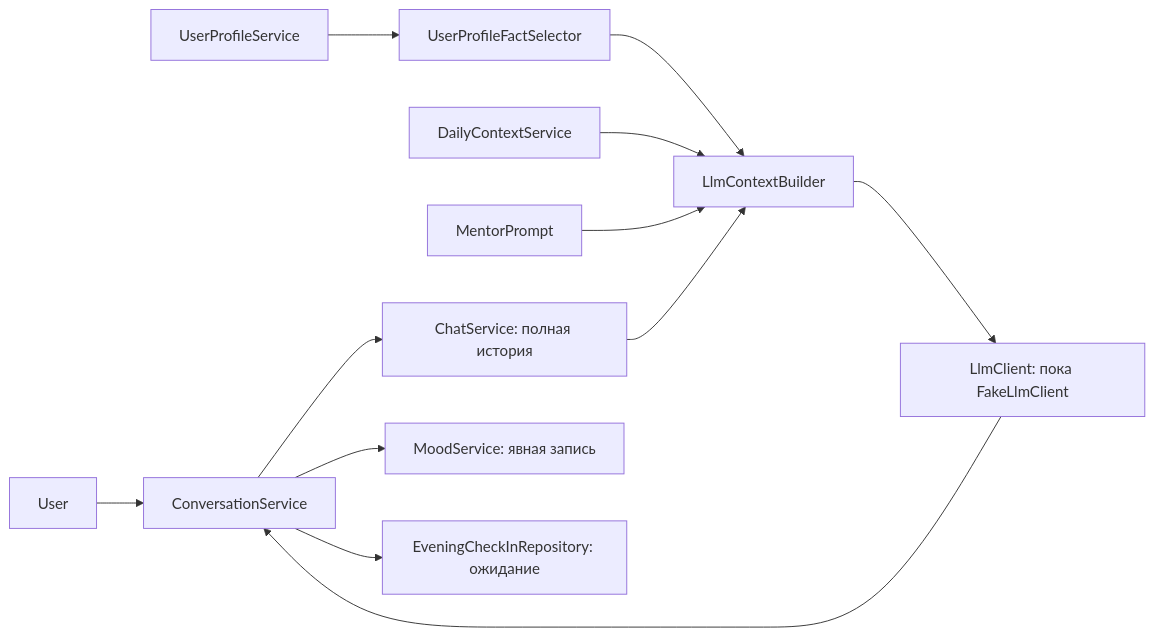
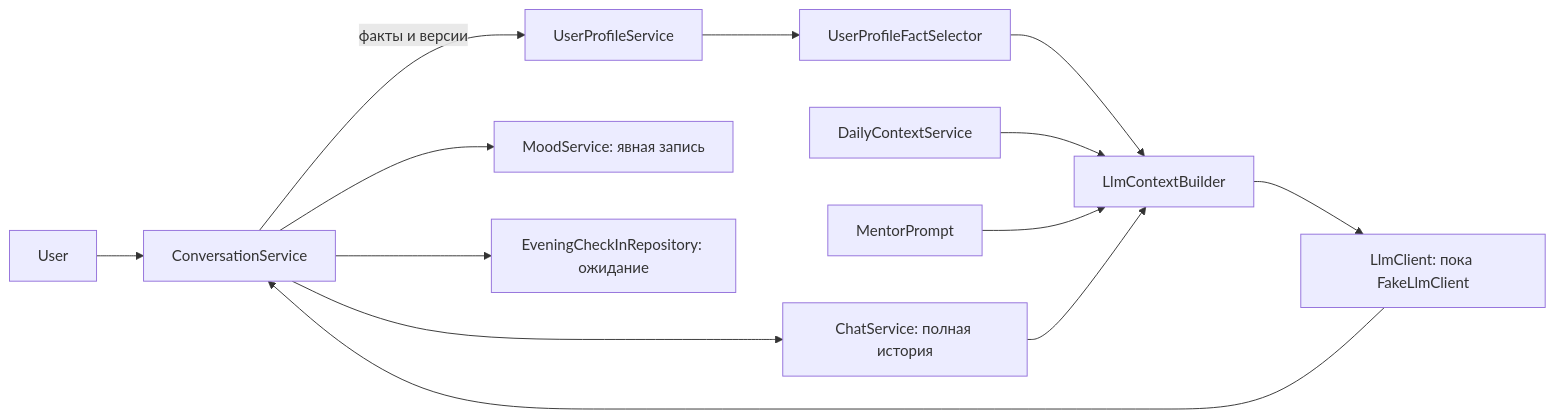
The second of 2 diagrams in docs/architecture.md (TasFoma/MySuperAssistant), drawn with Mermaid before and after one commit. The commit also changed other lines of this file and 26 other files, not shown here.

````diff
--- a/docs/architecture.md
+++ b/docs/architecture.md
@@ -245,14 +253,15 @@
 ```mermaid
 flowchart LR
     user[User] --> conversation[ConversationService]
     conversation --> chat[ChatService: полная история]
     profile[UserProfileService] --> selector[UserProfileFactSelector]
     selector --> builder[LlmContextBuilder]
     daily[DailyContextService] --> builder
     prompt[MentorPrompt] --> builder
     chat --> builder
     builder --> llm[LlmClient: пока FakeLlmClient]
     llm --> conversation
     conversation --> mood[MoodService: явная запись]
+    conversation -->|факты и версии| profile
     conversation --> pending[EveningCheckInRepository: ожидание]
 ```
````
